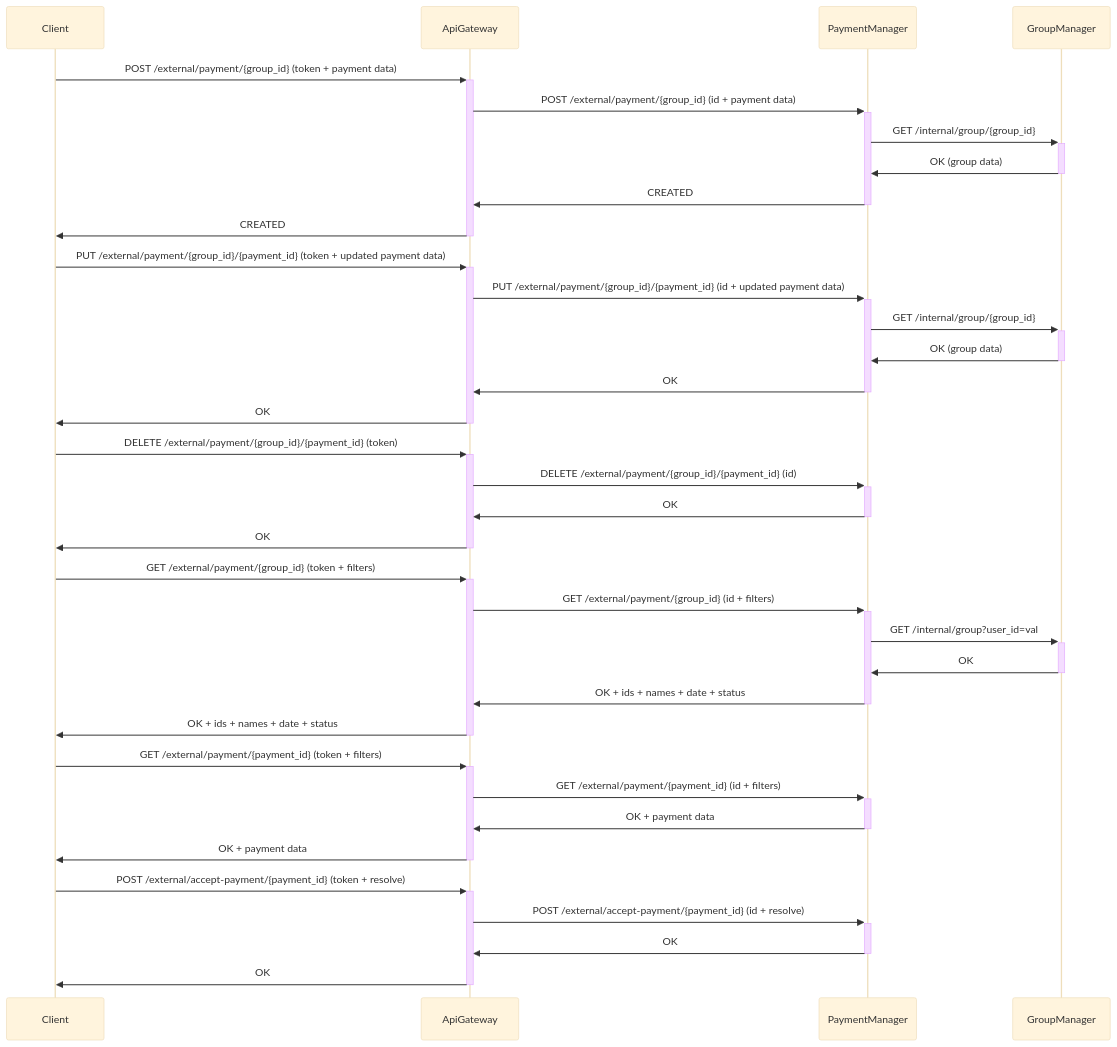
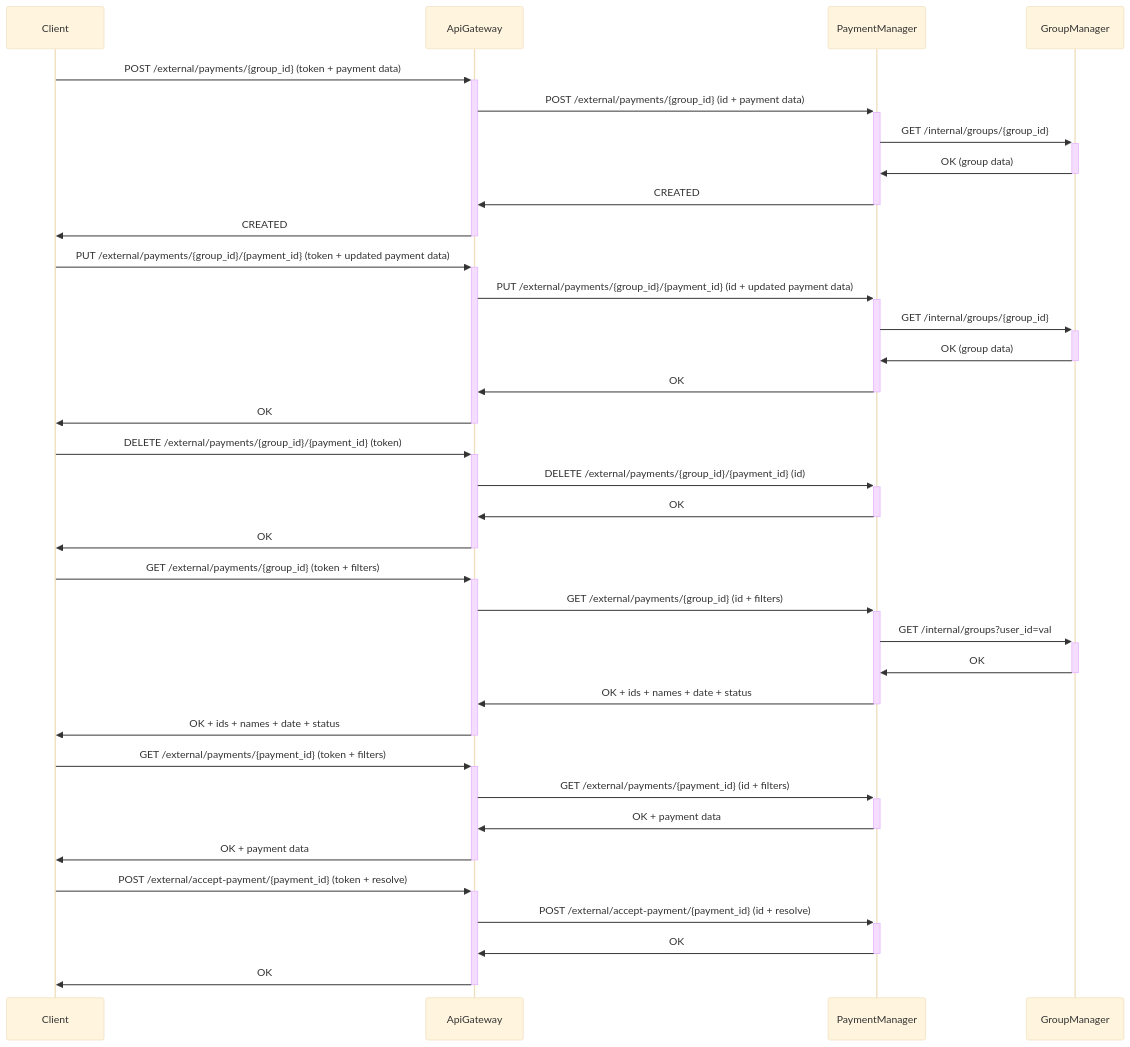
The sixth of 10 diagrams in docs/diagrams.md (Group-Expense-Manager/gem-docs), drawn with Mermaid (base theme) before and after one commit. The commit also changed other lines of this file and 1 other file, not shown here.

Commit message:
added Expense Manager contract

````diff
--- a/docs/diagrams.md
+++ b/docs/diagrams.md
@@ -208,40 +208,40 @@
 ``` mermaid
 sequenceDiagram
 
-Client->>+ApiGateway: POST /external/payment/{group_id} (token + payment data)
-ApiGateway->>+PaymentManager: POST /external/payment/{group_id} (id + payment data)
-PaymentManager->>+GroupManager: GET /internal/group/{group_id}
+Client->>+ApiGateway: POST /external/payments/{group_id} (token + payment data)
+ApiGateway->>+PaymentManager: POST /external/payments/{group_id} (id + payment data)
+PaymentManager->>+GroupManager: GET /internal/groups/{group_id}
 GroupManager->>-PaymentManager: OK (group data)
 PaymentManager->>-ApiGateway: CREATED
 ApiGateway->>-Client: CREATED
 
-Client->>+ApiGateway: PUT /external/payment/{group_id}/{payment_id} (token + updated payment data)
-ApiGateway->>+PaymentManager: PUT /external/payment/{group_id}/{payment_id} (id + updated payment data)
-PaymentManager->>+GroupManager: GET /internal/group/{group_id}
+Client->>+ApiGateway: PUT /external/payments/{group_id}/{payment_id} (token + updated payment data)
+ApiGateway->>+PaymentManager: PUT /external/payments/{group_id}/{payment_id} (id + updated payment data)
+PaymentManager->>+GroupManager: GET /internal/groups/{group_id}
 GroupManager->>-PaymentManager: OK (group data)
 PaymentManager->>-ApiGateway: OK
 ApiGateway->>-Client: OK
 
-Client->>+ApiGateway: DELETE /external/payment/{group_id}/{payment_id} (token)
-ApiGateway->>+PaymentManager: DELETE /external/payment/{group_id}/{payment_id} (id)
+Client->>+ApiGateway: DELETE /external/payments/{group_id}/{payment_id} (token)
+ApiGateway->>+PaymentManager: DELETE /external/payments/{group_id}/{payment_id} (id)
 PaymentManager->>-ApiGateway: OK
 ApiGateway->>-Client: OK
 
-Client->>+ApiGateway: GET /external/payment/{group_id} (token + filters)
-ApiGateway->>+PaymentManager: GET /external/payment/{group_id} (id + filters)
-PaymentManager->>+GroupManager: GET /internal/group?user_id=val
+Client->>+ApiGateway: GET /external/payments/{group_id} (token + filters)
+ApiGateway->>+PaymentManager: GET /external/payments/{group_id} (id + filters)
+PaymentManager->>+GroupManager: GET /internal/groups?user_id=val
 GroupManager->>-PaymentManager: OK
 PaymentManager->>-ApiGateway: OK + ids + names + date + status
 ApiGateway->>-Client: OK + ids + names + date + status
 
 
-Client->>+ApiGateway: GET /external/payment/{payment_id} (token + filters)
-ApiGateway->>+PaymentManager: GET /external/payment/{payment_id} (id + filters)
+Client->>+ApiGateway: GET /external/payments/{payment_id} (token + filters)
+ApiGateway->>+PaymentManager: GET /external/payments/{payment_id} (id + filters)
 PaymentManager->>-ApiGateway: OK + payment data
 ApiGateway->>-Client: OK + payment data
 
 Client->>+ApiGateway: POST /external/accept-payment/{payment_id} (token + resolve)
 ApiGateway->>+PaymentManager: POST /external/accept-payment/{payment_id} (id + resolve)
 PaymentManager->>-ApiGateway: OK
 ApiGateway->>-Client: OK
 ```
````
